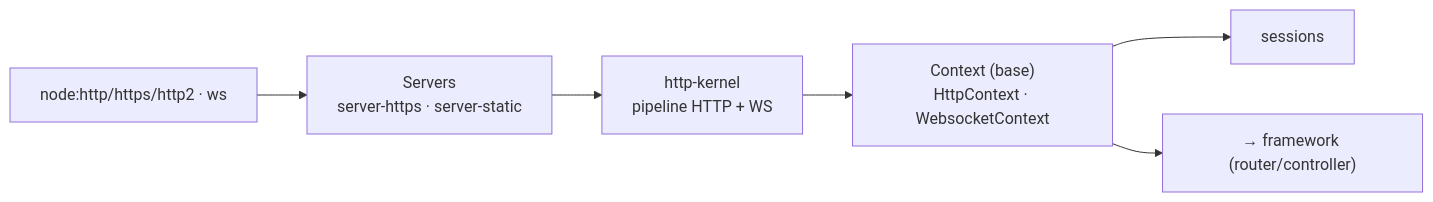
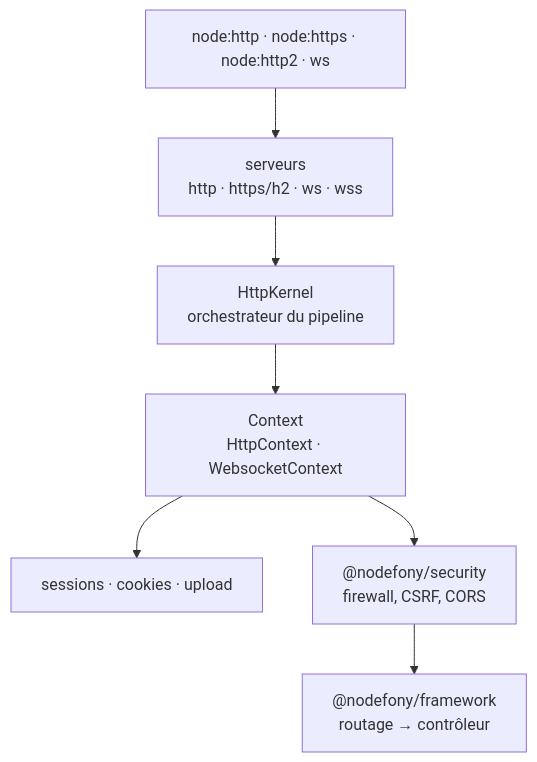
The diagram in src/packages/@nodefony/http/docs/index.md (nodefony/nodefony-core), drawn with Mermaid before and after one commit. The commit also changed other lines of this file and 1 other file, not shown here.

````diff
--- a/src/packages/@nodefony/http/docs/index.md
+++ b/src/packages/@nodefony/http/docs/index.md
@@ -23,8 +91,9 @@
 ```mermaid
-flowchart LR
-  N["node:http/https/http2 · ws"] --> SRV["Servers<br/>server-https · server-static"]
-  SRV --> HK["http-kernel<br/>pipeline HTTP + WS"]
-  HK --> CTX["Context (base)<br/>HttpContext · WebsocketContext"]
-  CTX --> SESS["sessions"]
-  CTX --> RR["→ framework (router/controller)"]
+flowchart TD
+  N["node:http · node:https · node:http2 · ws"] --> SRV["serveurs<br/>http · https/h2 · ws · wss"]
+  SRV --> HK["HttpKernel<br/>orchestrateur du pipeline"]
+  HK --> CTX["Context<br/>HttpContext · WebsocketContext"]
+  CTX --> SESS["sessions · cookies · upload"]
+  CTX --> FW["@nodefony/security<br/>firewall, CSRF, CORS"]
+  FW --> FRW["@nodefony/framework<br/>routage → contrôleur"]
 ```
````
